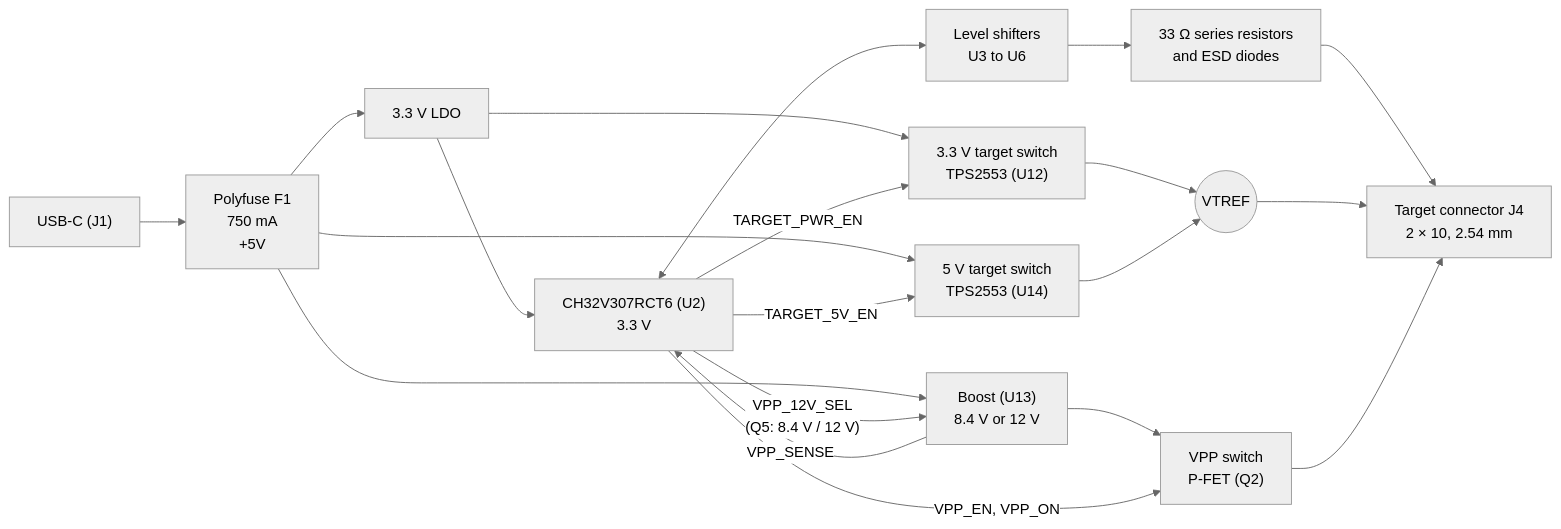
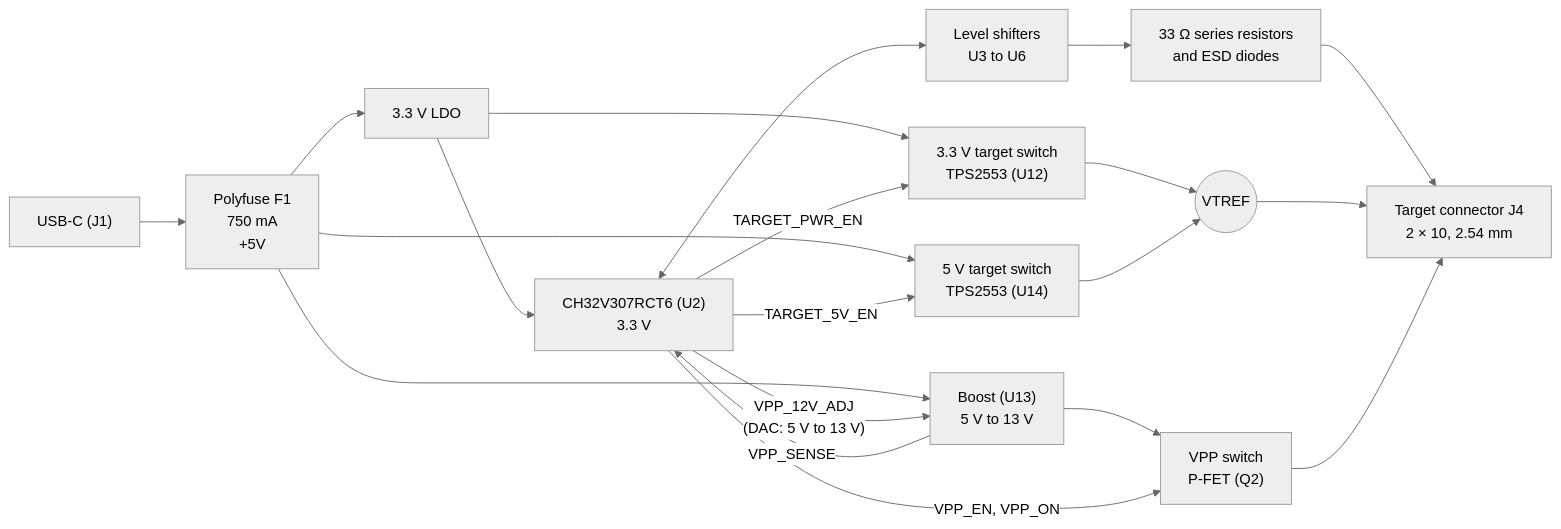
The diagram in README.md (OpenMUPP/openmupp-v1), drawn with Mermaid (neutral theme) before and after one commit. The commit also changed other lines of this file and 5 other files, not shown here.

First line of the commit message:
feature: DAC-adjustable VPP, +5V sense, RGB LEDs, LCSC numbers

````diff
--- a/README.md
+++ b/README.md
@@ -19,25 +19,25 @@
 ```mermaid
 flowchart LR
     usb["USB-C (J1)"] --> fuse["Polyfuse F1<br/>750 mA<br/>+5V"]
     fuse --> ldo["3.3 V LDO"]
-    fuse --> boost["Boost (U13)<br/>8.4 V or 12 V"]
+    fuse --> boost["Boost (U13)<br/>5 V to 13 V"]
     ldo --> mcu["CH32V307RCT6 (U2)<br/>3.3 V"]
     mcu <--> ls["Level shifters<br/>U3 to U6"]
     ls --> esd["33 Ω series resistors<br/>and ESD diodes"]
     esd --> j4["Target connector J4<br/>2 × 10, 2.54 mm"]
 
     ldo --> tps33["3.3 V target switch<br/>TPS2553 (U12)"]
     fuse --> tps5["5 V target switch<br/>TPS2553 (U14)"]
     tps33 --> vtref(("VTREF"))
     tps5 --> vtref
     vtref --> j4
 
     boost --> vpp["VPP switch<br/>P-FET (Q2)"]
     vpp --> j4
 
     mcu -- "TARGET_PWR_EN" --> tps33
     mcu -- "TARGET_5V_EN" --> tps5
-    mcu -- "VPP_12V_SEL<br/>(Q5: 8.4 V / 12 V)" --> boost
+    mcu -- "VPP_12V_ADJ<br/>(DAC: 5 V to 13 V)" --> boost
     mcu -- "VPP_EN, VPP_ON" --> vpp
     boost -- "VPP_SENSE" --> mcu
 ```
````
